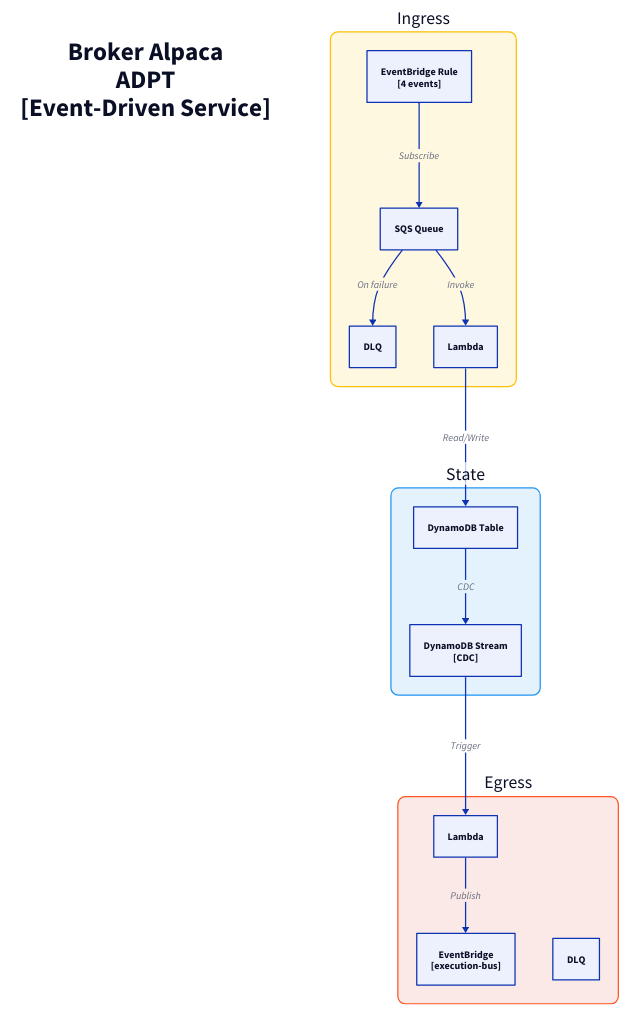
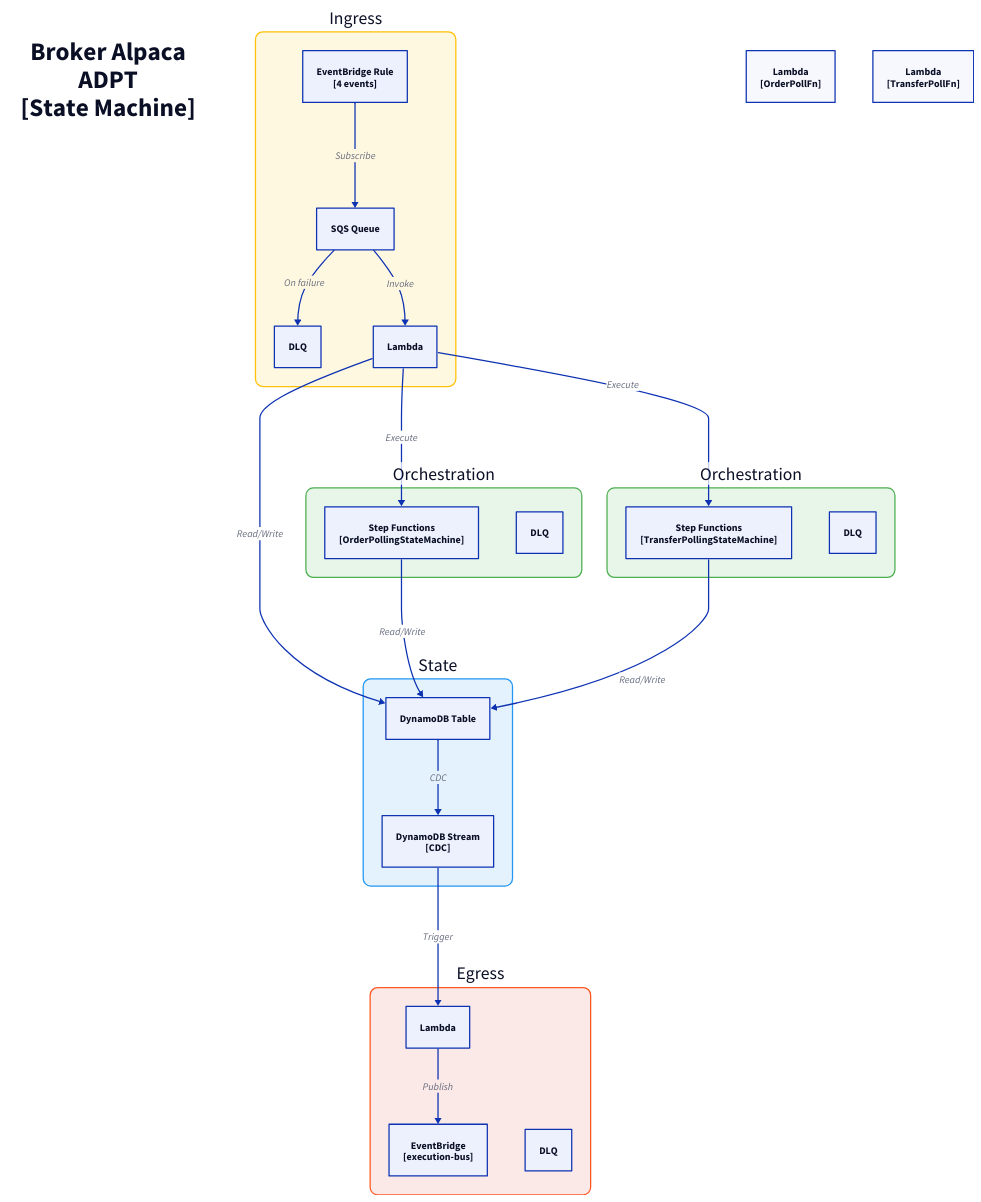
The diagram in docs/architecture/c3/broker-alpaca-adpt.d2 (fabio-vitali/nestfolio), drawn with D2 before and after one commit. The commit also changed 70 other files, not shown here.

Commit message:
docs: regenerate C4 diagrams from current CDK stacks

```diff
--- a/docs/architecture/c3/broker-alpaca-adpt.d2
+++ b/docs/architecture/c3/broker-alpaca-adpt.d2
@@ -1,37 +1,56 @@
 direction: down
 
-title: "Broker Alpaca\nADPT\n[Event-Driven Service]" {
+title: "Broker Alpaca\nADPT\n[State Machine]" {
   style: { font-size: 40; bold: true; fill: transparent; stroke: transparent }
 }
 
 ingress: "Ingress" {
   style: { fill: "#FFF8E1"; stroke: "#FFC107"; border-radius: 12; font-size: 28 }
   rule: "EventBridge Rule\n[4 events]" { class: aws-eventbridge }
   sqs: "SQS Queue" { class: aws-sqs }
   dlq: "DLQ" { class: aws-dlq }
   handler: "Lambda" { class: aws-lambda }
 
   rule -> sqs: Subscribe
   sqs -> handler: Invoke
   sqs -> dlq: On failure
 }
 
 state: "State" {
   style: { fill: "#E3F2FD"; stroke: "#2196F3"; border-radius: 12; font-size: 28 }
   table: "DynamoDB Table" { class: aws-dynamodb }
   stream: "DynamoDB Stream\n[CDC]" { class: aws-ddb-stream }
   table -> stream: CDC
 }
 
 egress: "Egress" {
   style: { fill: "#FBE9E7"; stroke: "#FF5722"; border-radius: 12; font-size: 28 }
   processor: "Lambda" { class: aws-lambda }
   bus: "EventBridge\n[execution-bus]" { class: aws-eventbridge }
   dlq: "DLQ" { class: aws-dlq }
 
   processor -> bus: Publish
 }
 
+order-polling-state-machine: "Orchestration" {
+  style: { fill: "#E8F5E9"; stroke: "#4CAF50"; border-radius: 12; font-size: 28 }
+  state-machine: "Step Functions\n[OrderPollingStateMachine]" { class: aws-stepfunctions }
+  dlq: "DLQ" { class: aws-dlq }
+}
+
+transfer-polling-state-machine: "Orchestration" {
+  style: { fill: "#E8F5E9"; stroke: "#4CAF50"; border-radius: 12; font-size: 28 }
+  state-machine: "Step Functions\n[TransferPollingStateMachine]" { class: aws-stepfunctions }
+  dlq: "DLQ" { class: aws-dlq }
+}
+
+order-poll-fn: "Lambda\n[OrderPollFn]" { class: aws-lambda }
+transfer-poll-fn: "Lambda\n[TransferPollFn]" { class: aws-lambda }
+
 # Flows
 ingress.handler -> state.table: Read/Write
 state.stream -> egress.processor: Trigger
+ingress.handler -> order-polling-state-machine.state-machine: Execute
+order-polling-state-machine.state-machine -> state.table: Read/Write
+ingress.handler -> transfer-polling-state-machine.state-machine: Execute
+transfer-polling-state-machine.state-machine -> state.table: Read/Write
```
